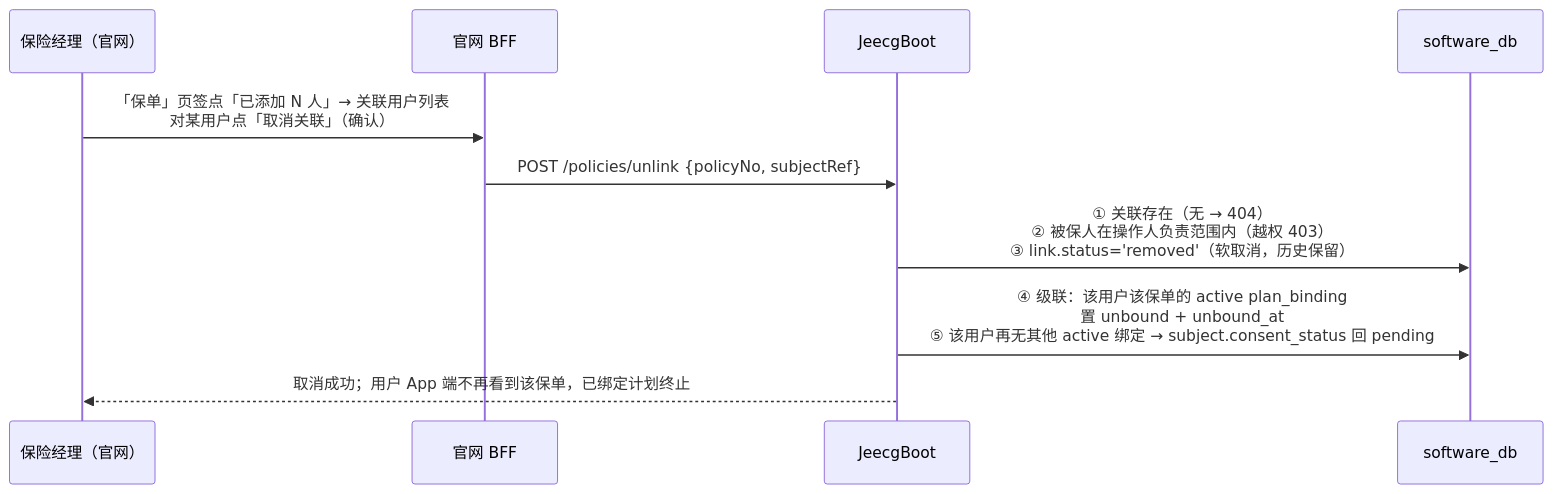
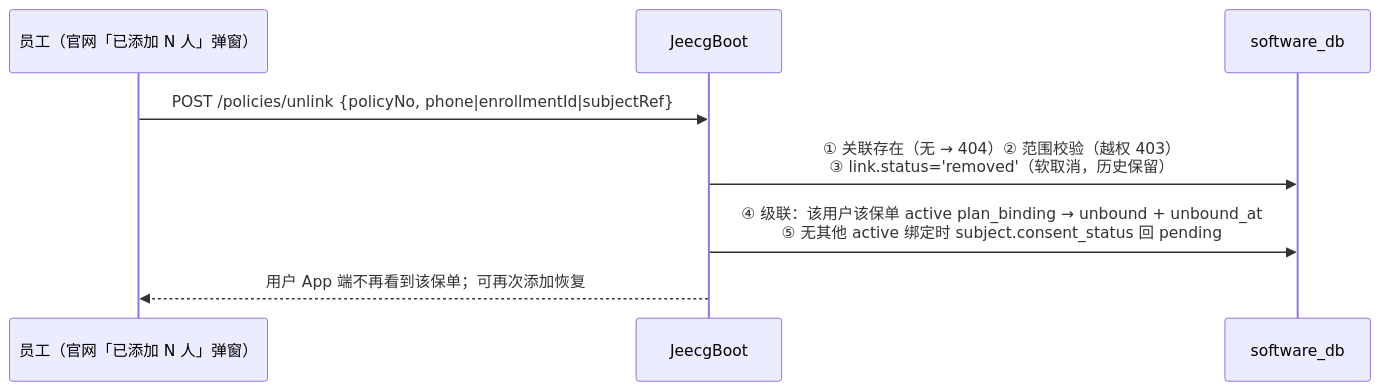
Before and after one commit to wjmlong/rehealth_tongbu: the fourth of 5 diagrams in docs/保险侧保单与计划管理.md, drawn with Mermaid. The commit also changed other lines of this file and 4 other files, not shown here.

````diff
--- a/docs/保险侧保单与计划管理.md
+++ b/docs/保险侧保单与计划管理.md
@@ -582,12 +78,10 @@
 ```mermaid
 sequenceDiagram
-    participant M as 保险经理（官网）
-    participant BFF as 官网 BFF
+    participant M as 员工（官网「已添加 N 人」弹窗）
     participant JEE as JeecgBoot
     participant DB as software_db
-    M->>BFF: 「保单」页签点「已添加 N 人」→ 关联用户列表<br>对某用户点「取消关联」（确认）
-    BFF->>JEE: POST /policies/unlink {policyNo, subjectRef}
-    JEE->>DB: ① 关联存在（无 → 404）<br>② 被保人在操作人负责范围内（越权 403）<br>③ link.status='removed'（软取消，历史保留）
-    JEE->>DB: ④ 级联：该用户该保单的 active plan_binding<br>置 unbound + unbound_at<br>⑤ 该用户再无其他 active 绑定 → subject.consent_status 回 pending
-    JEE-->>M: 取消成功；用户 App 端不再看到该保单，已绑定计划终止
+    M->>JEE: POST /policies/unlink {policyNo, phone|enrollmentId|subjectRef}
+    JEE->>DB: ① 关联存在（无 → 404）② 范围校验（越权 403）<br>③ link.status='removed'（软取消，历史保留）
+    JEE->>DB: ④ 级联：该用户该保单 active plan_binding → unbound + unbound_at<br>⑤ 无其他 active 绑定时 subject.consent_status 回 pending
+    JEE-->>M: 用户 App 端不再看到该保单；可再次添加恢复
 ```
````
